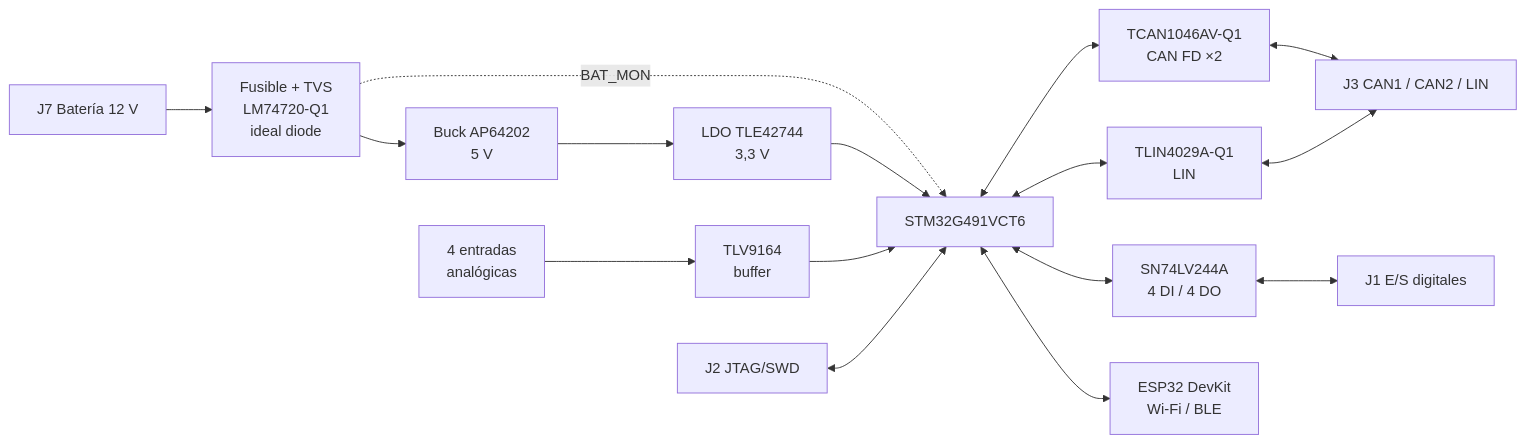
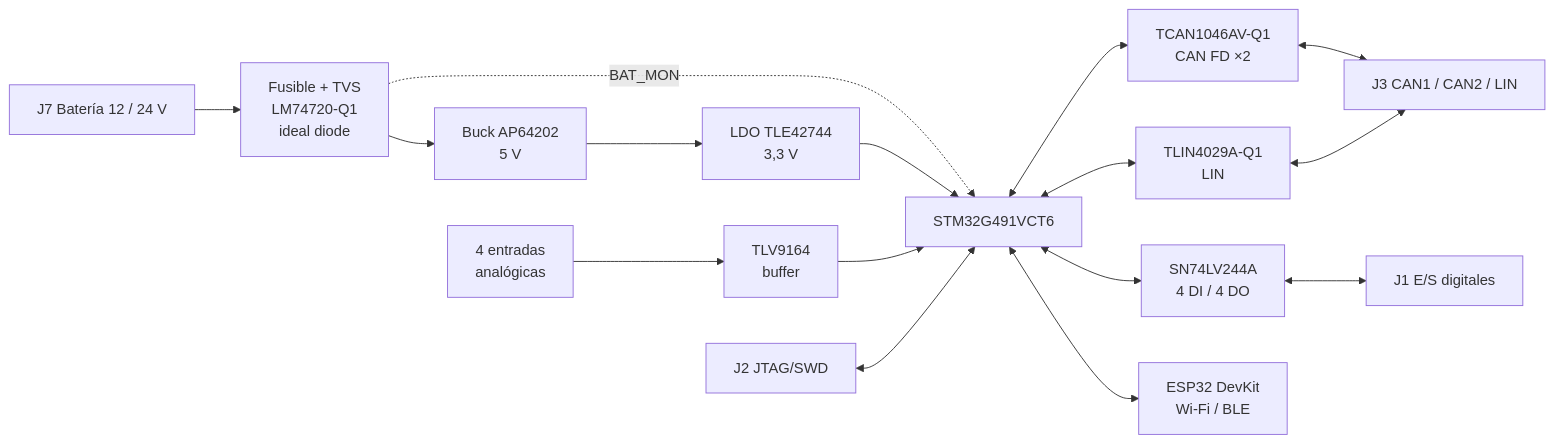
One commit to Mateo-Opertti/ECU32 changed the diagram in README.md. Above: the diagram before and after it, drawn with Mermaid. The commit also changed other lines of this file, not shown here.

````diff
--- a/README.md
+++ b/README.md
@@ -58,20 +58,20 @@
 ```mermaid
 flowchart LR
-    BAT["J7 Batería 12 V"] --> PROT["Fusible + TVS<br/>LM74720-Q1<br/>ideal diode"]
+    BAT["J7 Batería 12 / 24 V"] --> PROT["Fusible + TVS<br/>LM74720-Q1<br/>ideal diode"]
     PROT --> BUCK["Buck AP64202<br/>5 V"]
     BUCK --> LDO["LDO TLE42744<br/>3,3 V"]
     PROT -. BAT_MON .-> MCU
 
     LDO --> MCU["STM32G491VCT6"]
 
     MCU <--> CAN["TCAN1046AV-Q1<br/>CAN FD ×2"]
     MCU <--> LIN["TLIN4029A-Q1<br/>LIN"]
     MCU <--> BUF["SN74LV244A<br/>4 DI / 4 DO"]
     AIN["4 entradas<br/>analógicas"] --> OPA["TLV9164<br/>buffer"] --> MCU
     MCU <--> ESP["ESP32 DevKit<br/>Wi-Fi / BLE"]
     JTAG["J2 JTAG/SWD"] <--> MCU
 
     CAN <--> J3["J3 CAN1 / CAN2 / LIN"]
     LIN <--> J3
     BUF <--> J1["J1 E/S digitales"]
 ```
````
